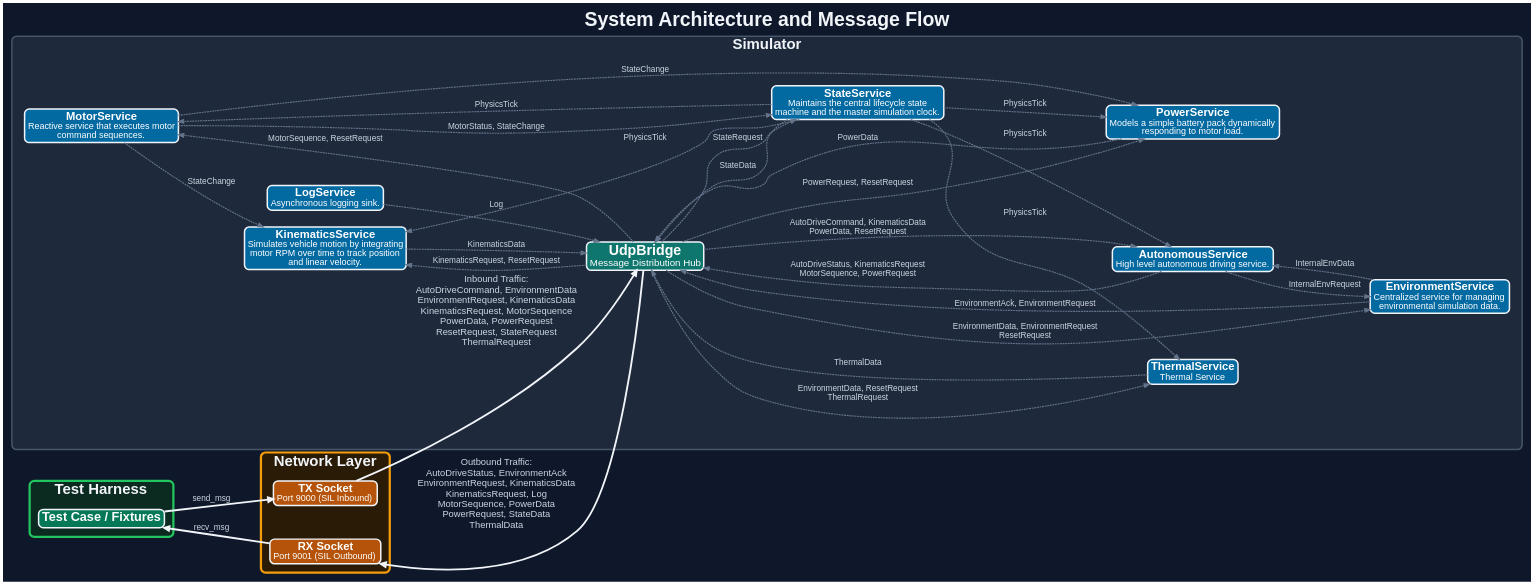
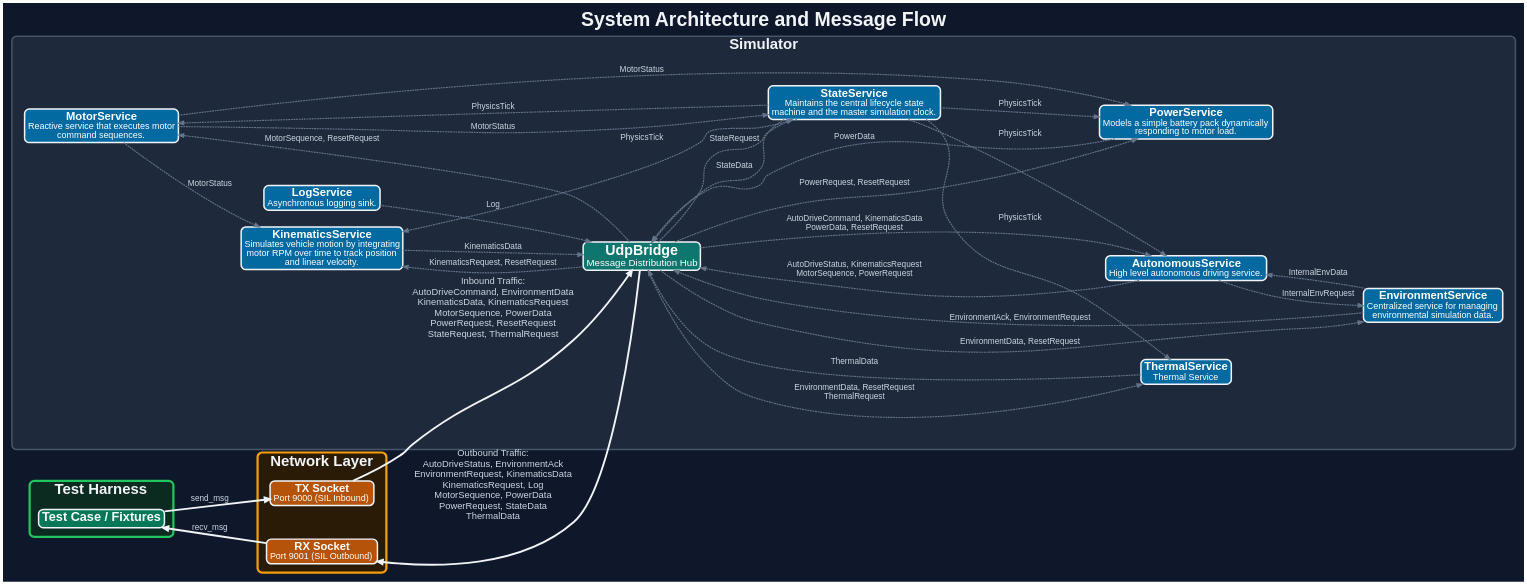
One commit to AxelBjork/reflect_pytest changed the diagram in doc/ipc_flow.dot. Above: the diagram before and after it, drawn with Graphviz. The commit also changed 17 other files, not shown here.

```diff
--- a/doc/ipc_flow.dot
+++ b/doc/ipc_flow.dot
@@ -1,159 +1,159 @@
 digraph IPC {
   rankdir=LR;
   bgcolor="#0F172A";
   pad=0.22;
   nodesep=0.62;
   ranksep=0.70;
   splines=spline;
   remincross=true;
 
   fontname="Helvetica,Arial,sans-serif";
   fontsize=52;
   fontcolor="#F1F5F9";
   label=<<B>System Architecture and Message Flow</B>>;
   labelloc="t";
 
   node [
     fontname="Helvetica,Arial,sans-serif",
     shape=rect,
     style="filled,rounded",
     fixedsize=false,
     margin="0.12,0.08",
     fontsize=28,
     fontcolor="#FFFFFF",
     penwidth=4,
     color="#F1F5F9"
   ];
 
   edge [
     fontname="Helvetica,Arial,sans-serif",
     fontsize=22,
     fontcolor="#CBD5E1",
     color="#64748B",
     penwidth=3.0,
     arrowsize=1.4,
     labelfloat=false,
     labeldistance=0.8,
     labelangle=10
   ];
 
   // --- Simulator ---
   subgraph cluster_sim {
     label=<<B><FONT POINT-SIZE="40">Simulator</FONT></B>>;
     fontcolor="#F1F5F9";
     style="rounded,filled";
     color="#475569";
     penwidth=4;
     fillcolor="#1E293B";
     margin=34;
     MotorService [
       fillcolor="#0369A1",
       label=<<B><FONT POINT-SIZE="30">MotorService</FONT></B><BR/><FONT POINT-SIZE="24">Reactive service that executes motor<BR/>command sequences.</FONT>>
     ];
     KinematicsService [
       fillcolor="#0369A1",
       label=<<B><FONT POINT-SIZE="30">KinematicsService</FONT></B><BR/><FONT POINT-SIZE="24">Simulates vehicle motion by integrating<BR/>motor RPM over time to track position<BR/>and linear velocity.</FONT>>
     ];
     PowerService [
       fillcolor="#0369A1",
       label=<<B><FONT POINT-SIZE="30">PowerService</FONT></B><BR/><FONT POINT-SIZE="24">Models a simple battery pack dynamically<BR/>responding to motor load.</FONT>>
     ];
     StateService [
       fillcolor="#0369A1",
       label=<<B><FONT POINT-SIZE="30">StateService</FONT></B><BR/><FONT POINT-SIZE="24">Maintains the central lifecycle state<BR/>machine and the master simulation clock.</FONT>>
     ];
     ThermalService [
       fillcolor="#0369A1",
       label=<<B><FONT POINT-SIZE="30">ThermalService</FONT></B><BR/><FONT POINT-SIZE="24">Thermal Service</FONT>>
     ];
     EnvironmentService [
       fillcolor="#0369A1",
       label=<<B><FONT POINT-SIZE="30">EnvironmentService</FONT></B><BR/><FONT POINT-SIZE="24">Centralized service for managing<BR/>environmental simulation data.</FONT>>
     ];
     AutonomousService [
       fillcolor="#0369A1",
       label=<<B><FONT POINT-SIZE="30">AutonomousService</FONT></B><BR/><FONT POINT-SIZE="24">High level autonomous driving service.</FONT>>
     ];
     LogService [
       fillcolor="#0369A1",
       label=<<B><FONT POINT-SIZE="30">LogService</FONT></B><BR/><FONT POINT-SIZE="24">Asynchronous logging sink.</FONT>>
     ];
     UdpBridge [
       fillcolor="#0F766E",
       label=<<B><FONT POINT-SIZE="38">UdpBridge</FONT></B><BR/><FONT POINT-SIZE="26">Message Distribution Hub</FONT>>
     ];
   }
 
   // --- Network Layer bounding box (TX/RX) ---
   subgraph cluster_sockets {
     label=<<B><FONT POINT-SIZE="40">Network Layer</FONT></B>>;
     fontcolor="#F1F5F9";
     style="rounded,filled";
     color="#F59E0B";
     penwidth=6;
     fillcolor="#2A1B07";
     margin=24;
 
     { rank=same; TX; RX; }
 
     TX [
       fillcolor="#B45309",
       label=<<B><FONT POINT-SIZE="30">TX Socket</FONT></B><BR/><FONT POINT-SIZE="24">Port 9000 (SIL Inbound)</FONT>>
     ];
     RX [
       fillcolor="#B45309",
       label=<<B><FONT POINT-SIZE="30">RX Socket</FONT></B><BR/><FONT POINT-SIZE="24">Port 9001 (SIL Outbound)</FONT>>
     ];
 
     TX -> RX [style=invis, weight=50, constraint=false];
   }
 
   // --- Test Harness bounding box ---
   subgraph cluster_fixtures {
     label=<<B><FONT POINT-SIZE="40">Test Harness</FONT></B>>;
     fontcolor="#F1F5F9";
     style="rounded,filled";
     color="#22C55E";
     penwidth=6;
     fillcolor="#0B2A20";
     margin=24;
 
     TestCase [
       fillcolor="#047857",
       label=<<B><FONT POINT-SIZE="34">Test Case / Fixtures</FONT></B>>
     ];
   }
 
   TestCase -> TX [label="send_msg", color="#F1F5F9", penwidth=5];
-  TX -> UdpBridge [label="Inbound Traffic:\nAutoDriveCommand, EnvironmentData\nEnvironmentRequest, KinematicsData\nKinematicsRequest, MotorSequence\nPowerData, PowerRequest\nResetRequest, StateRequest\nThermalRequest", color="#F1F5F9", penwidth=5, fontsize=25];
+  TX -> UdpBridge [label="Inbound Traffic:\nAutoDriveCommand, EnvironmentData\nKinematicsData, KinematicsRequest\nMotorSequence, PowerData\nPowerRequest, ResetRequest\nStateRequest, ThermalRequest", color="#F1F5F9", penwidth=5, fontsize=25];
 
   // Internal Simulator Logic
   AutonomousService -> EnvironmentService [label="InternalEnvRequest", style=dashed];
   AutonomousService -> UdpBridge [label="AutoDriveStatus, KinematicsRequest\nMotorSequence, PowerRequest", style=dashed];
   EnvironmentService -> AutonomousService [label="InternalEnvData", style=dashed];
   EnvironmentService -> UdpBridge [label="EnvironmentAck, EnvironmentRequest", style=dashed];
   KinematicsService -> UdpBridge [label="KinematicsData", style=dashed];
   LogService -> UdpBridge [label="Log", style=dashed];
-  MotorService -> KinematicsService [label="StateChange", style=dashed];
-  MotorService -> PowerService [label="StateChange", style=dashed];
-  MotorService -> StateService [label="MotorStatus, StateChange", style=dashed];
+  MotorService -> KinematicsService [label="MotorStatus", style=dashed];
+  MotorService -> PowerService [label="MotorStatus", style=dashed];
+  MotorService -> StateService [label="MotorStatus", style=dashed];
   PowerService -> UdpBridge [label="PowerData", style=dashed];
   StateService -> AutonomousService [label="PhysicsTick", style=dashed];
   StateService -> KinematicsService [label="PhysicsTick", style=dashed];
   StateService -> MotorService [label="PhysicsTick", style=dashed];
   StateService -> PowerService [label="PhysicsTick", style=dashed];
   StateService -> ThermalService [label="PhysicsTick", style=dashed];
   StateService -> UdpBridge [label="StateData", style=dashed];
   ThermalService -> UdpBridge [label="ThermalData", style=dashed];
   UdpBridge -> AutonomousService [label="AutoDriveCommand, KinematicsData\nPowerData, ResetRequest", style=dashed];
-  UdpBridge -> EnvironmentService [label="EnvironmentData, EnvironmentRequest\nResetRequest", style=dashed];
+  UdpBridge -> EnvironmentService [label="EnvironmentData, ResetRequest", style=dashed];
   UdpBridge -> KinematicsService [label="KinematicsRequest, ResetRequest", style=dashed];
   UdpBridge -> MotorService [label="MotorSequence, ResetRequest", style=dashed];
   UdpBridge -> PowerService [label="PowerRequest, ResetRequest", style=dashed];
   UdpBridge -> StateService [label="StateRequest", style=dashed];
   UdpBridge -> ThermalService [label="EnvironmentData, ResetRequest\nThermalRequest", style=dashed];
 
   // Flow: Simulator -> Network -> Test Harness
   RX -> UdpBridge [label="Outbound Traffic:\nAutoDriveStatus, EnvironmentAck\nEnvironmentRequest, KinematicsData\nKinematicsRequest, Log\nMotorSequence, PowerData\nPowerRequest, StateData\nThermalData", color="#F1F5F9", penwidth=5, dir=back, fontsize=25, arrowtail=normal];
   TestCase -> RX [label="recv_msg", color="#F1F5F9", penwidth=5, dir=back, arrowtail=normal];
 }
```
